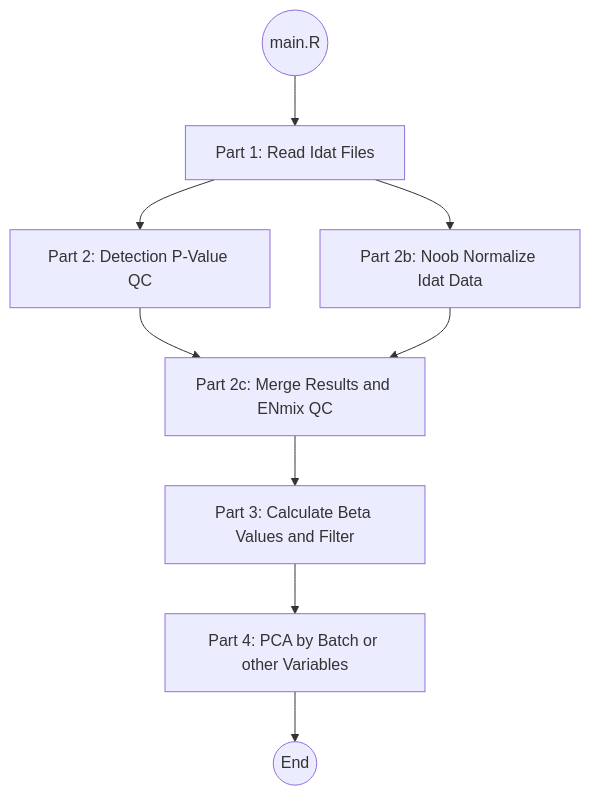
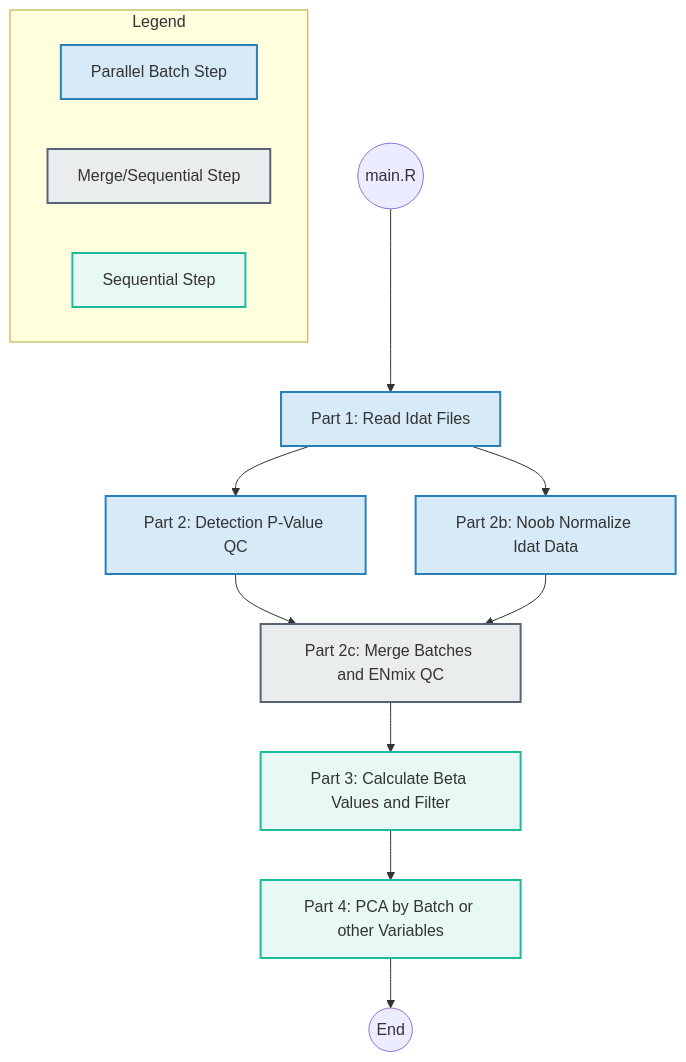
The diagram in README.md (odelmas-sci/methylation-pipeline-only-R-), drawn with Mermaid before and after one commit.

Commit message:
Update flowchart in README for batch merging

````diff
--- a/README.md
+++ b/README.md
@@ -4,16 +4,38 @@
 ```mermaid
 flowchart TB
     Start((main.R))
 
     Start --> P1[Part 1: Read Idat Files]
 
     P1 --> P2[Part 2: Detection P-Value QC]
     P1 --> P2b[Part 2b: Noob Normalize Idat Data]
 
-    P2 --> Merge[Part 2c: Merge Results and ENmix QC]
-    P2b --> Merge
+    P2 --> P2c[Part 2c: Merge Batches and ENmix QC]
+    P2b --> P2c
 
-    Merge --> P3[Part 3: Calculate Beta Values and Filter]
+    P2c --> P3[Part 3: Calculate Beta Values and Filter]
     P3 --> P4[Part 4: PCA by Batch or other Variables]
     P4 --> End((End))
+    
+    %% Style definitions
+    classDef parallel fill:#D6EAF8,stroke:#2980B9,stroke-width:2px;
+    classDef merge fill:#EAEDED,stroke:#566573,stroke-width:2px;
+    classDef sequential fill:#E8F8F5,stroke:#1ABC9C,stroke-width:2px;
+
+    %% Apply styles
+    class P1,P2,P2b parallel;
+    class P2c merge;
+    class P3,P4 sequential;
+   
+    %% Legend (compact, horizontal)
+    subgraph Legend[Legend]
+        L1[Parallel Batch Step]
+        L2[Merge/Sequential Step]
+        L3[Sequential Step]      
+    end
+
+    %% Color legend boxes
+    class L1 parallel;
+    class L2 merge;
+    class L3 sequential;
 ```
````
